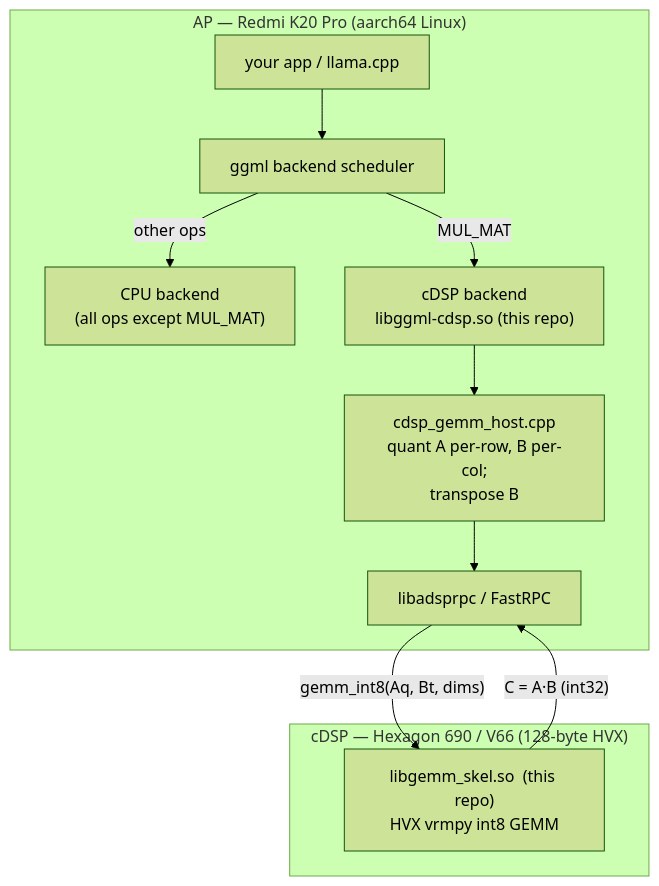
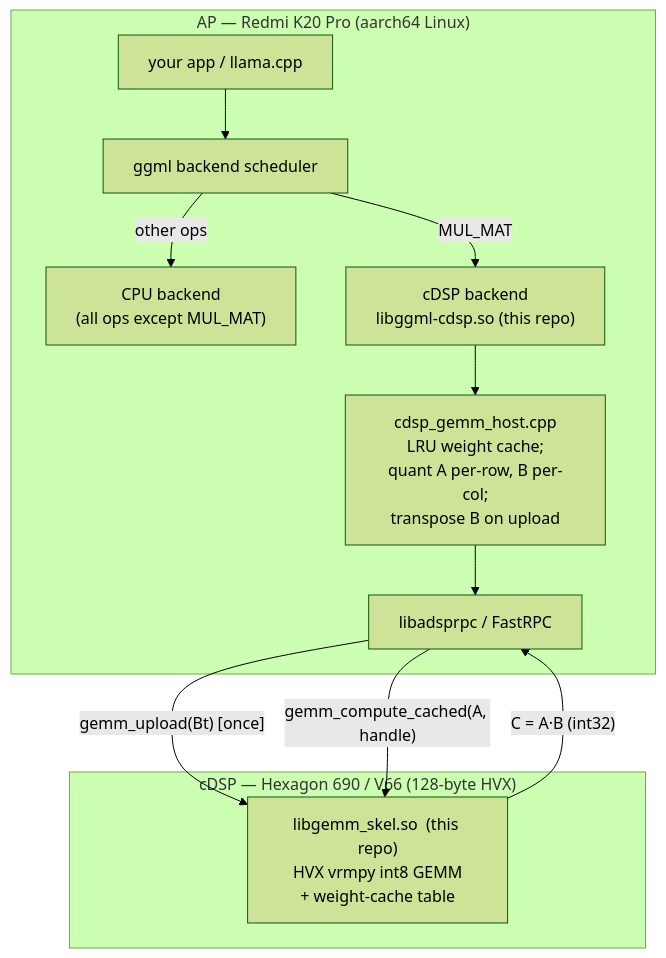
Before and after one commit to doeasier/raphael-cdsp-llm: the first of 3 diagrams in README.md, drawn with Mermaid (forest theme). The commit also changed other lines of this file and 20 other files, not shown here.

Commit message:
Stage 5: weight-cache RPC — upload weights once, reuse handle (decode 762ms->37ms/token)

````diff
--- a/README.md
+++ b/README.md
@@ -43,20 +54,21 @@
 ```mermaid
 flowchart TB
     subgraph AP["AP — Redmi K20 Pro (aarch64 Linux)"]
         APP["your app / llama.cpp"]
         SCHED["ggml backend scheduler"]
         CPU["CPU backend<br/>(all ops except MUL_MAT)"]
         CDSP["cDSP backend<br/>libggml-cdsp.so  (this repo)"]
-        HOST["cdsp_gemm_host.cpp<br/>quant A per-row, B per-col;<br/>transpose B"]
+        HOST["cdsp_gemm_host.cpp<br/>LRU weight cache;<br/>quant A per-row, B per-col;<br/>transpose B on upload"]
         RPC["libadsprpc / FastRPC"]
         APP --> SCHED
         SCHED -->|MUL_MAT| CDSP
         SCHED -->|other ops| CPU
         CDSP --> HOST --> RPC
     end
     subgraph DSP["cDSP — Hexagon 690 / V66 (128-byte HVX)"]
-        SKEL["libgemm_skel.so  (this repo)<br/>HVX vrmpy int8 GEMM"]
+        SKEL["libgemm_skel.so  (this repo)<br/>HVX vrmpy int8 GEMM<br/>+ weight-cache table"]
     end
-    RPC -->|"gemm_int8(Aq, Bt, dims)"| SKEL
+    RPC -->|"gemm_upload(Bt)  [once]"| SKEL
+    RPC -->|"gemm_compute_cached(A, handle)"| SKEL
     SKEL -->|"C = A·B (int32)"| RPC
 ```
````
